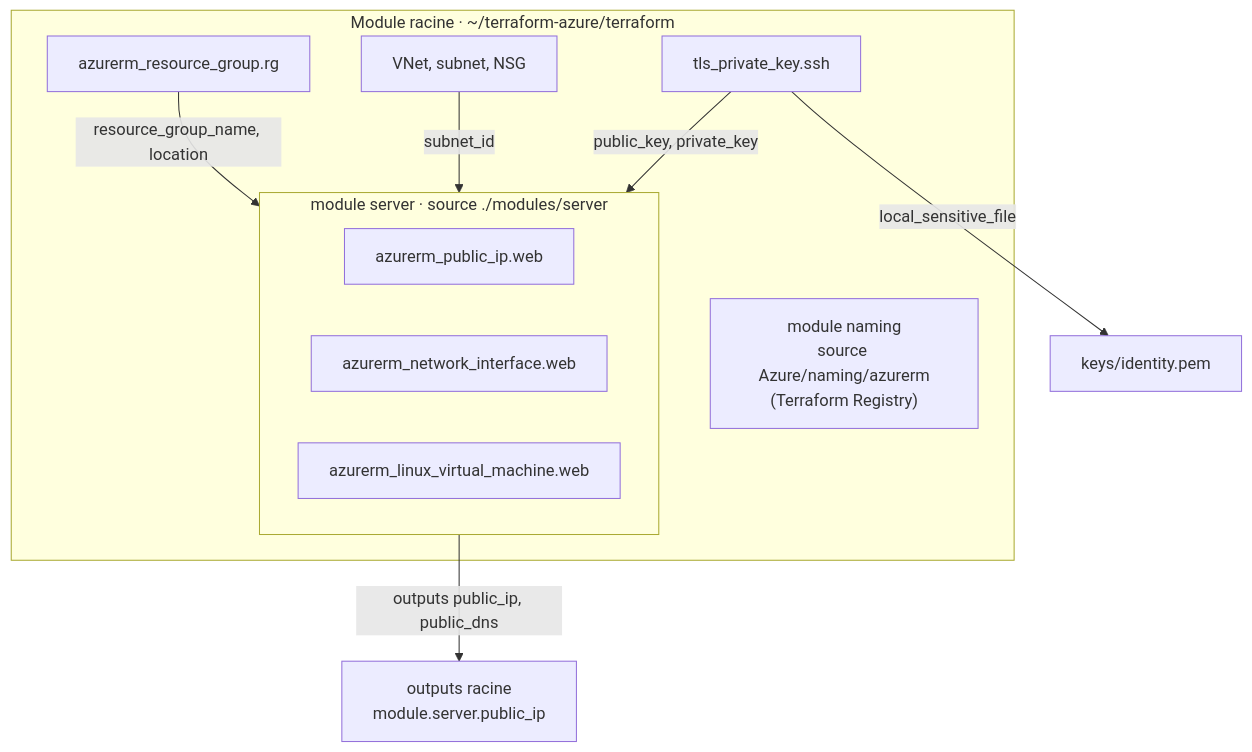
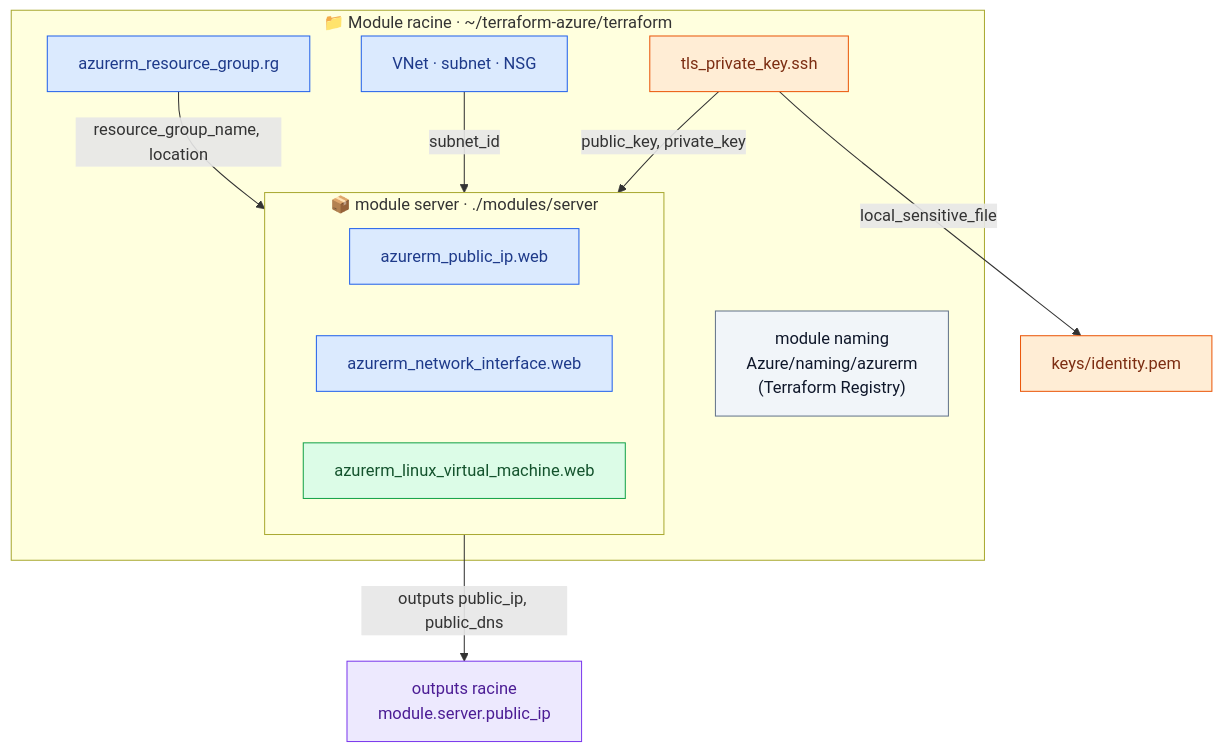
The diagram in lab05-modules.md (hajjiBel/terraform-azure-labs), drawn with Mermaid before and after one commit. The commit also changed other lines of this file and 158 other files, not shown here.

First line of the commit message:
Refonte des 16 labs Terraform Azure : énoncés colorés, corrigés, solutions, scripts formateur

````diff
--- a/lab05-modules.md
+++ b/lab05-modules.md
@@ -16,19 +21,24 @@
 ```mermaid
 flowchart TB
-    subgraph ROOT["Module racine · ~/terraform-azure/terraform"]
-        RG["azurerm_resource_group.rg"]
-        NET["VNet, subnet, NSG"]
-        KEY["tls_private_key.ssh"]
-        NAMING["module naming<br/>source Azure/naming/azurerm<br/>(Terraform Registry)"]
-        subgraph SRV["module server · source ./modules/server"]
-            PIP["azurerm_public_ip.web"]
-            NIC["azurerm_network_interface.web"]
-            VM["azurerm_linux_virtual_machine.web"]
+    subgraph ROOT["📁 Module racine · ~/terraform-azure/terraform"]
+        RG["azurerm_resource_group.rg"]:::net
+        NET["VNet · subnet · NSG"]:::net
+        KEY["tls_private_key.ssh"]:::sec
+        NAMING["module naming<br/>Azure/naming/azurerm<br/>(Terraform Registry)"]:::ext
+        subgraph SRV["📦 module server · ./modules/server"]
+            PIP["azurerm_public_ip.web"]:::net
+            NIC["azurerm_network_interface.web"]:::net
+            VM["azurerm_linux_virtual_machine.web"]:::compute
         end
     end
     RG -- "resource_group_name, location" --> SRV
     NET -- "subnet_id" --> SRV
     KEY -- "public_key, private_key" --> SRV
-    SRV -- "outputs public_ip, public_dns" --> OUT["outputs racine<br/>module.server.public_ip"]
-    KEY -- "local_sensitive_file" --> PEM["keys/identity.pem"]
+    SRV -- "outputs public_ip, public_dns" --> OUT["outputs racine<br/>module.server.public_ip"]:::tf
+    KEY -- "local_sensitive_file" --> PEM["keys/identity.pem"]:::sec
+    classDef tf fill:#ede9fe,stroke:#7c3aed,color:#4c1d95
+    classDef net fill:#dbeafe,stroke:#2563eb,color:#1e3a8a
+    classDef compute fill:#dcfce7,stroke:#16a34a,color:#14532d
+    classDef sec fill:#ffedd5,stroke:#ea580c,color:#7c2d12
+    classDef ext fill:#f1f5f9,stroke:#64748b,color:#0f172a
 ```
````
